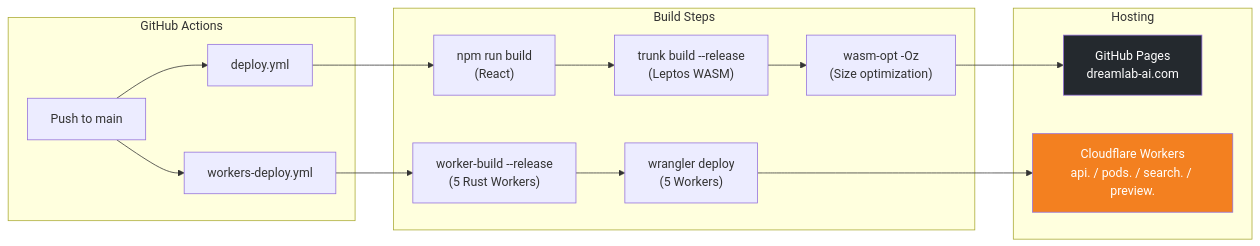
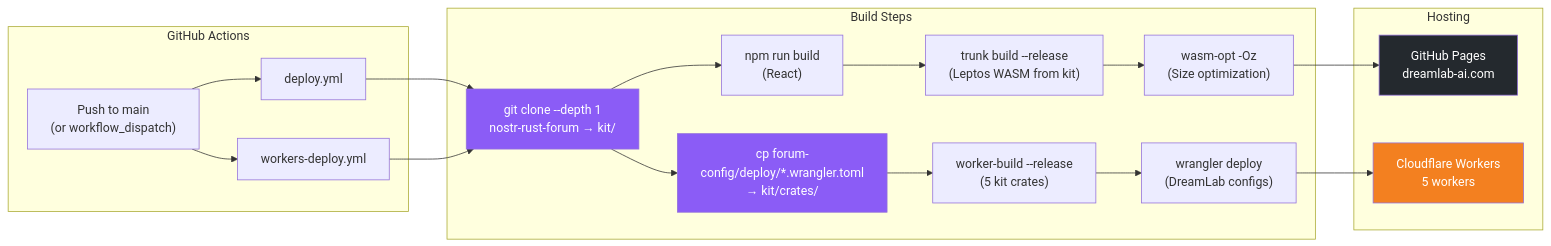
The third of 3 diagrams in README.md (DreamLab-AI/dreamlab-ai-website), drawn with Mermaid before and after one commit. The commit also changed other lines of this file, not shown here.

First line of the commit message:
docs: document kit-consumer deployment architecture in README

````diff
--- a/README.md
+++ b/README.md
@@ -206,29 +207,34 @@
 ```mermaid
 graph LR
     subgraph "GitHub Actions"
-        PUSH["Push to main"]
+        PUSH["Push to main<br/>(or workflow_dispatch)"]
         DEPLOY_YML["deploy.yml"]
         WORKERS_YML["workers-deploy.yml"]
     end
 
     subgraph "Build Steps"
+        CLONE["git clone --depth 1<br/>nostr-rust-forum → kit/"]
+        OVERLAY["cp forum-config/deploy/*.wrangler.toml<br/>→ kit/crates/"]
         NPM["npm run build<br/>(React)"]
-        TRUNK["trunk build --release<br/>(Leptos WASM)"]
+        TRUNK["trunk build --release<br/>(Leptos WASM from kit)"]
         WASM_OPT["wasm-opt -Oz<br/>(Size optimization)"]
-        WORKER_BUILD["worker-build --release<br/>(5 Rust Workers)"]
-        WRANGLER["wrangler deploy<br/>(5 Workers)"]
+        WORKER_BUILD["worker-build --release<br/>(5 kit crates)"]
+        WRANGLER["wrangler deploy<br/>(DreamLab configs)"]
     end
 
     subgraph "Hosting"
         GH_PAGES["GitHub Pages<br/>dreamlab-ai.com"]
-        CF_WORKERS["Cloudflare Workers<br/>api. / pods. / search. / preview."]
+        CF_WORKERS["Cloudflare Workers<br/>5 workers"]
     end
 
     PUSH --> DEPLOY_YML
     PUSH --> WORKERS_YML
-    DEPLOY_YML --> NPM --> TRUNK --> WASM_OPT --> GH_PAGES
-    WORKERS_YML --> WORKER_BUILD --> WRANGLER --> CF_WORKERS
+    DEPLOY_YML --> CLONE --> NPM --> TRUNK --> WASM_OPT --> GH_PAGES
+    WORKERS_YML --> CLONE
+    CLONE --> OVERLAY --> WORKER_BUILD --> WRANGLER --> CF_WORKERS
 
     style GH_PAGES fill:#24292e,color:#fff
     style CF_WORKERS fill:#F38020,color:#fff
+    style CLONE fill:#8B5CF6,color:#fff
+    style OVERLAY fill:#8B5CF6,color:#fff
 ```
````
